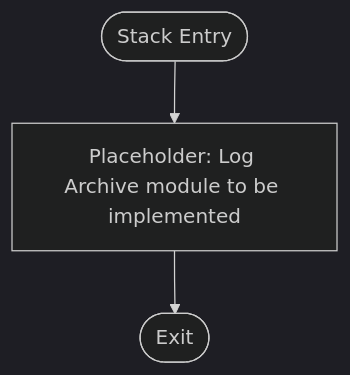
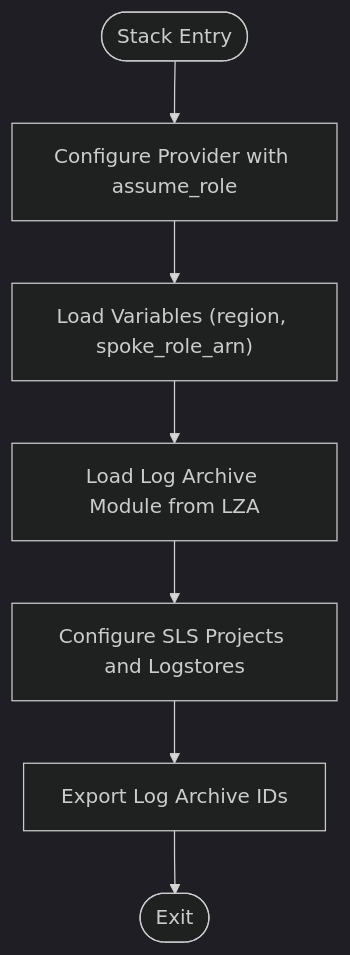
The fourth of 12 diagrams in .qoder/repowiki/en/content/Stack Architecture/Stack Architecture.md (AlibabaCloudLandingZone/alibabacloud-landingzone-accelerator-github-demo), drawn with Mermaid (dark theme) before and after one commit. The commit also changed other lines of this file and 104 other files, not shown here.

````diff
--- a/.qoder/repowiki/en/content/Stack Architecture/Stack Architecture.md
+++ b/.qoder/repowiki/en/content/Stack Architecture/Stack Architecture.md
@@ -181,5 +229,9 @@
 ```mermaid
 flowchart TD
-Start(["Stack Entry"]) --> Placeholder["Placeholder: Log Archive module to be implemented"]
-Placeholder --> End(["Exit"])
+Start(["Stack Entry"]) --> Provider["Configure Provider with assume_role"]
+Provider --> Variables["Load Variables (region, spoke_role_arn)"]
+Variables --> Module["Load Log Archive Module from LZA"]
+Module --> Storage["Configure SLS Projects and Logstores"]
+Storage --> Outputs["Export Log Archive IDs"]
+Outputs --> End(["Exit"])
 ```
````
